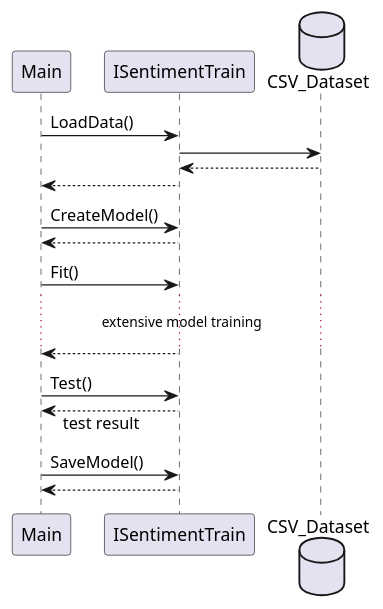
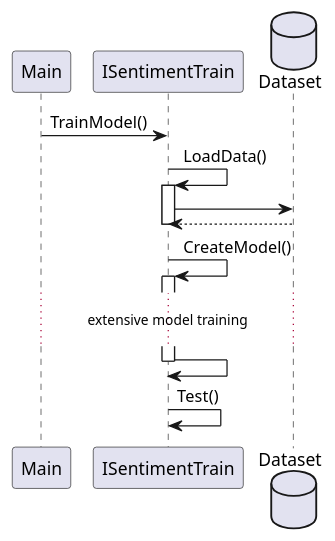
Before and after one commit to Ifi-Softwareentwicklung-SoSe2023/TUBAF_SE-Project_StockProphet: the diagram in doc/trainAppSequence.plantuml, drawn with PlantUML. The commit also changed 2 other files, not shown here.

Commit message:
Update project diagrams

```diff
--- a/doc/trainAppSequence.plantuml
+++ b/doc/trainAppSequence.plantuml
@@ -1,29 +1,46 @@
 @startuml StockProphet Model Training App Sequence Diagram
 
 skinparam ResponseMessageBelowArrow true
 
 ' participants '
 participant Main
 participant ISentimentTrain
-database CSV_Dataset
+database Dataset
 
-
+/'
 Main -> ISentimentTrain : LoadData()
 ISentimentTrain -> CSV_Dataset
 ISentimentTrain <-- CSV_Dataset
 Main <-- ISentimentTrain
 
 Main -> ISentimentTrain : CreateModel()
 Main <-- ISentimentTrain
 
 Main -> ISentimentTrain : Fit()
 ... extensive model training ...
 Main <-- ISentimentTrain
 
 Main -> ISentimentTrain : Test()
 Main <-- ISentimentTrain : test result
 
 Main -> ISentimentTrain : SaveModel()
 Main <-- ISentimentTrain
+'/
+
+Main -> ISentimentTrain : TrainModel()
+
+ISentimentTrain -> ISentimentTrain : LoadData()
+activate ISentimentTrain
+ISentimentTrain -> Dataset
+ISentimentTrain <-- Dataset
+deactivate ISentimentTrain
+
+ISentimentTrain -> ISentimentTrain : CreateModel()
+activate ISentimentTrain
+... extensive model training ...
+ISentimentTrain -> ISentimentTrain
+deactivate ISentimentTrain
+
+ISentimentTrain -> ISentimentTrain : Test()
 
 @enduml
```
